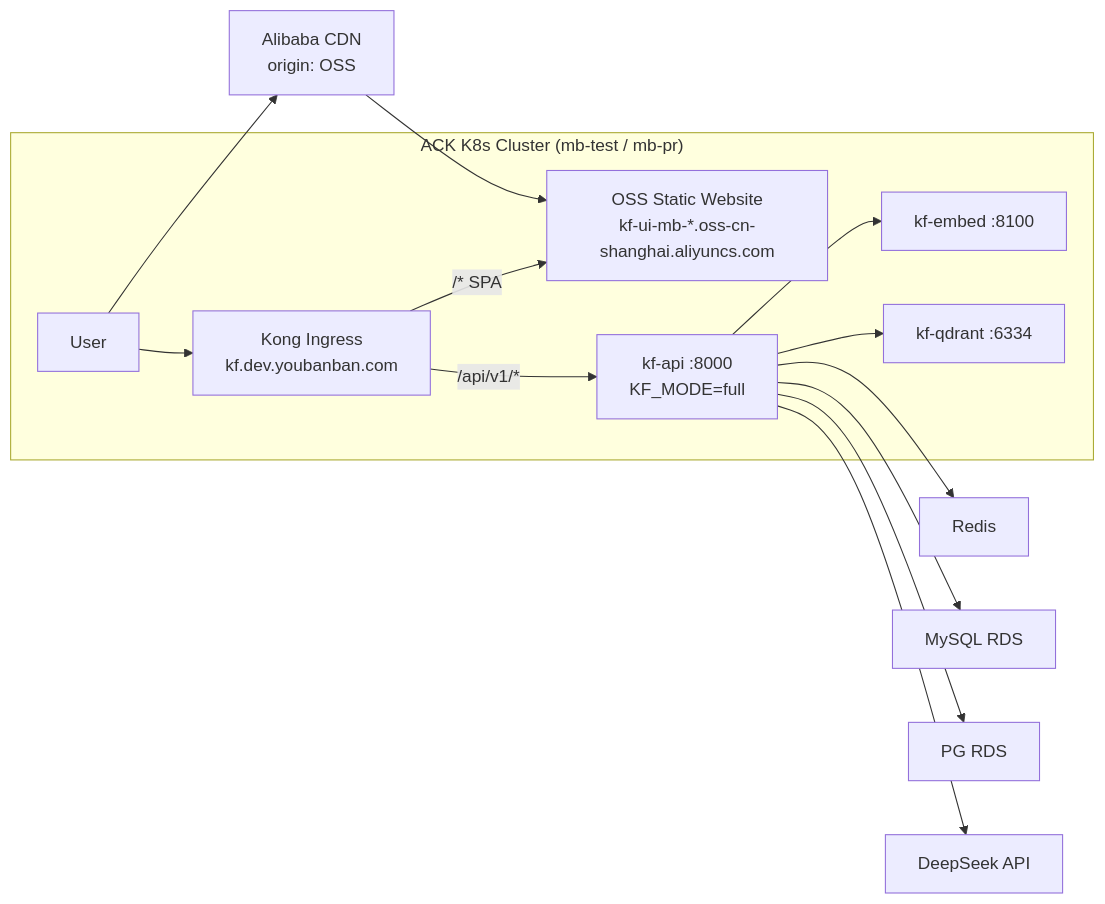
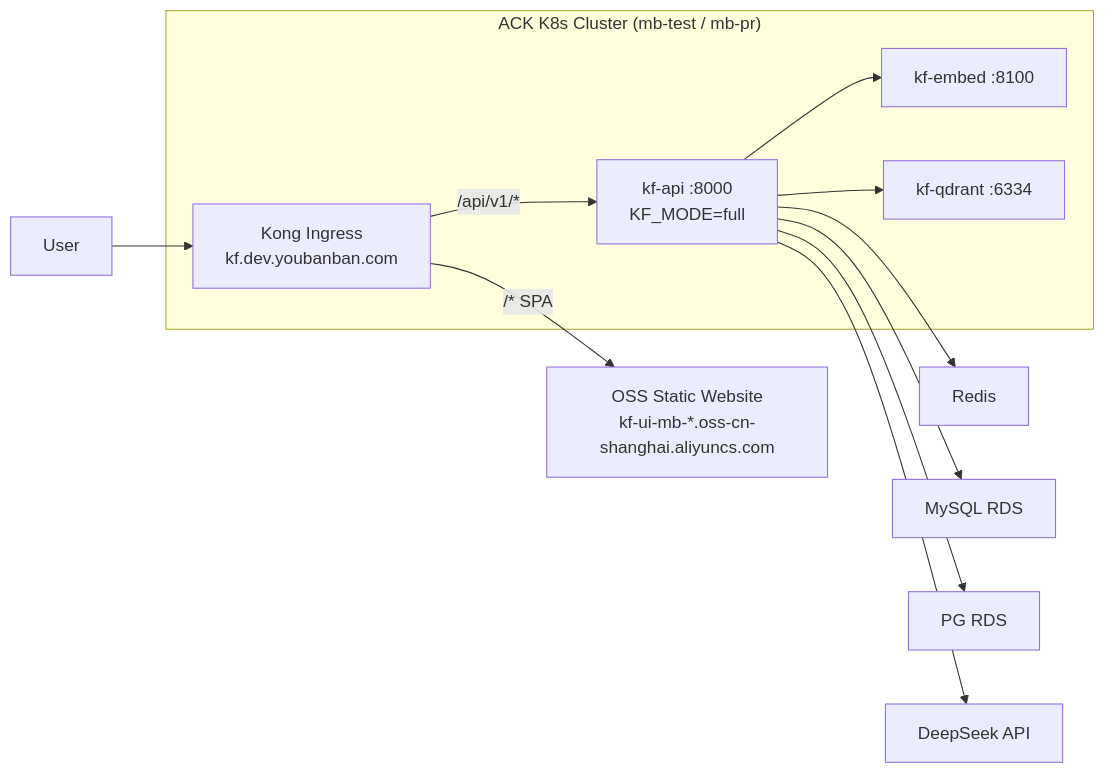
The second of 2 diagrams in docs/architecture_EN.md (zhaoshenhao/fig), drawn with Mermaid before and after one commit. The commit also changed other lines of this file and 3 other files, not shown here.

Commit message:
docs: fix ACK architecture diagram — OSS behind Kong Ingress, remove incorrect CDN paths

````diff
--- a/docs/architecture_EN.md
+++ b/docs/architecture_EN.md
@@ -23,16 +23,15 @@
 ```mermaid
 flowchart LR
     subgraph ACK["ACK K8s Cluster (mb-test / mb-pr)"]
-        User["User"] --> Kong["Kong Ingress<br/>kf.dev.youbanban.com"]
-        Kong -->|/* SPA| OSS["OSS Static Website<br/>kf-ui-mb-*.oss-cn-shanghai.aliyuncs.com"]
+        Kong["Kong Ingress<br/>kf.dev.youbanban.com"]
         Kong -->|/api/v1/*| API["kf-api :8000<br/>KF_MODE=full"]
         API --> Embed["kf-embed :8100"]
         API --> Qdrant["kf-qdrant :6334"]
     end
-    User --> CDN["Alibaba CDN<br/>origin: OSS"]
-    CDN --> OSS
+    User["User"] --> Kong
+    Kong -->|/* SPA| OSS["OSS Static Website<br/>kf-ui-mb-*.oss-cn-shanghai.aliyuncs.com"]
     API --> Redis_S["Redis"]
     API --> MySQL_S["MySQL RDS"]
     API --> PG_S["PG RDS"]
     API --> DS["DeepSeek API"]
 ```
````
